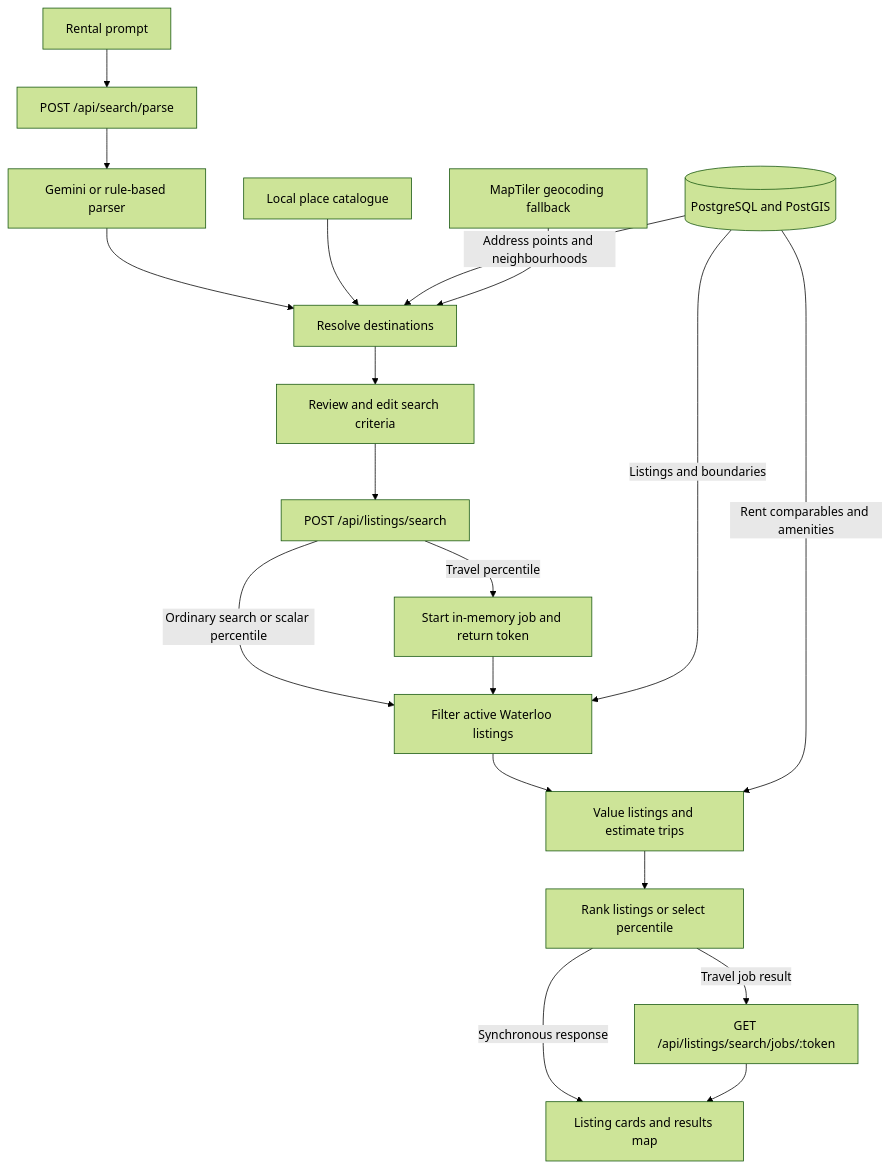
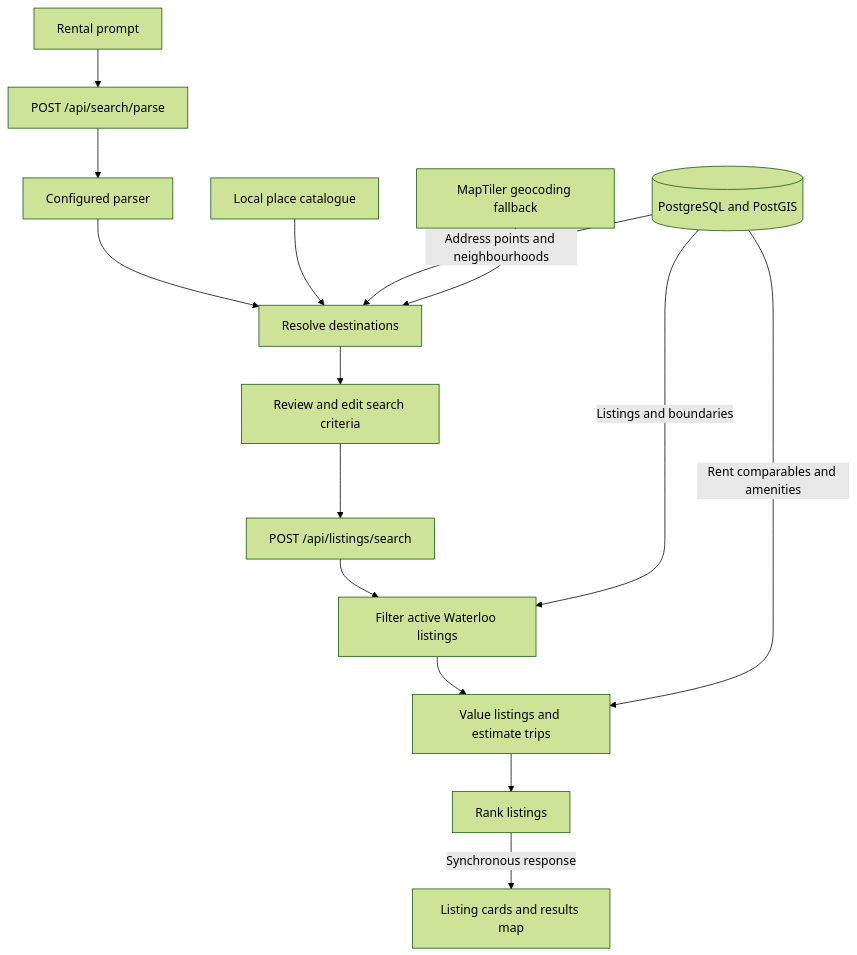
One commit to aesthetic0001/rent-k-dubs changed the first of 2 diagrams in docs/architecture/Search and places.md. Above: the diagram before and after it, drawn with Mermaid (forest theme). The commit also changed other lines of this file and 83 other files, not shown here.

Commit message:
Integrate Waterloo local search extraction and POI lookup

````diff
--- a/docs/architecture/Search and places.md
+++ b/docs/architecture/Search and places.md
@@ -5,21 +5,17 @@
 ```mermaid
 flowchart TD
   Prompt[Rental prompt] --> Parse[POST /api/search/parse]
-  Parse --> Interpret[Gemini or rule-based parser]
+  Parse --> Interpret[Configured parser]
   Interpret --> Resolve[Resolve destinations]
   Catalogue[Local place catalogue] --> Resolve
   DB[(PostgreSQL and PostGIS)] -->|Address points and neighbourhoods| Resolve
   MapTiler[MapTiler geocoding fallback] --> Resolve
   Resolve --> Intent[Review and edit search criteria]
   Intent --> Search[POST /api/listings/search]
-  Search -->|Ordinary search or scalar percentile| Candidates[Filter active Waterloo listings]
-  Search -->|Travel percentile| Jobs[Start in-memory job and return token]
-  Jobs --> Candidates
+  Search --> Candidates[Filter active Waterloo listings]
   DB -->|Listings and boundaries| Candidates
   Candidates --> Enrich[Value listings and estimate trips]
   DB -->|Rent comparables and amenities| Enrich
-  Enrich --> Engine[Rank listings or select percentile]
+  Enrich --> Engine[Rank listings]
   Engine -->|Synchronous response| Results[Listing cards and results map]
-  Engine -->|Travel job result| Poll["GET /api/listings/search/jobs/:token"]
-  Poll --> Results
 ```
````
